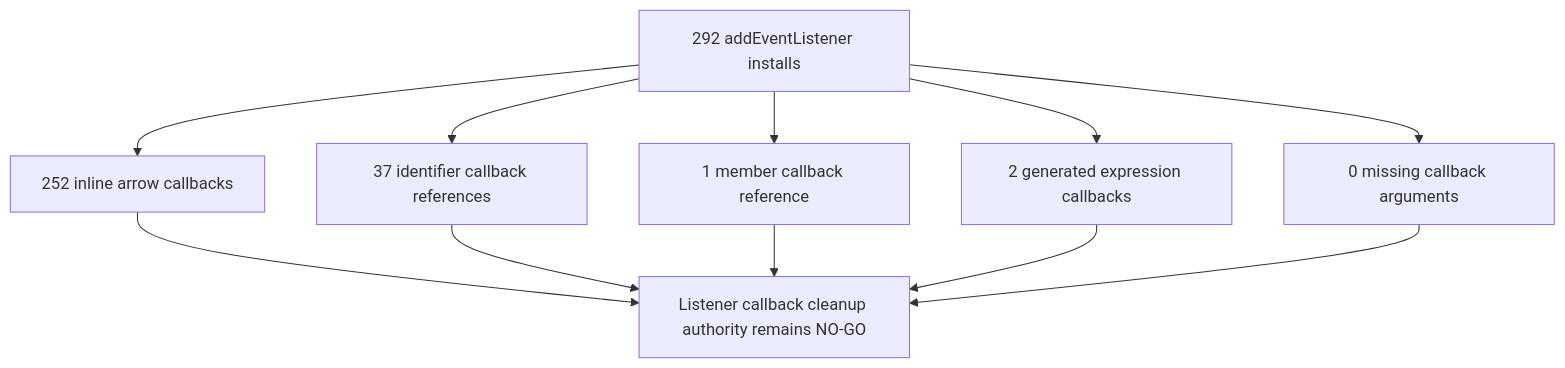
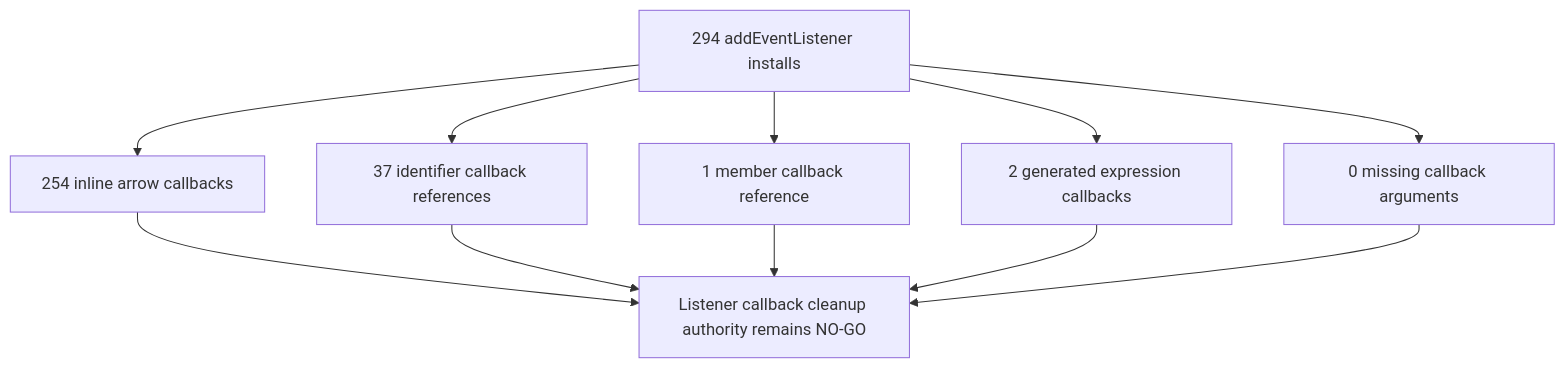
Before and after one commit to varshneydevansh/FilterTube: the sixth of 47 diagrams in docs/audit/FILTERTUBE_LIFECYCLE_INSTANCE_REGISTER_2026-05-18.md, drawn with Mermaid. The commit also changed other lines of this file and 619 other files, not shown here.

````diff
--- a/docs/audit/FILTERTUBE_LIFECYCLE_INSTANCE_REGISTER_2026-05-18.md
+++ b/docs/audit/FILTERTUBE_LIFECYCLE_INSTANCE_REGISTER_2026-05-18.md
@@ -534,13 +534,13 @@
 ```mermaid
 flowchart TD
-  A["292 addEventListener installs"] --> B["252 inline arrow callbacks"]
+  A["294 addEventListener installs"] --> B["254 inline arrow callbacks"]
   A --> C["37 identifier callback references"]
   A --> D["1 member callback reference"]
   A --> E["2 generated expression callbacks"]
   A --> F["0 missing callback arguments"]
   B --> G["Listener callback cleanup authority remains NO-GO"]
   C --> G
   D --> G
   E --> G
   F --> G
 ```
````
